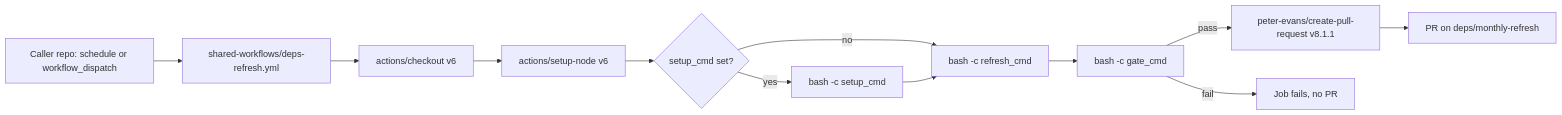
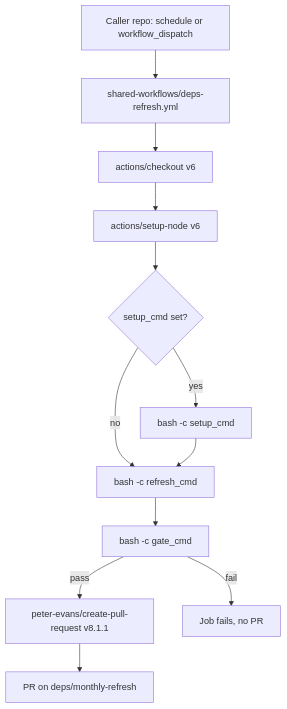
Before and after one commit to weirdapps/shared-workflows: the diagram in README.md, drawn with Mermaid.

Commit message:
docs: switch README architecture diagram to vertical layout
Convert the Mermaid diagram from horizontal (LR) to vertical (TD) so it renders
without horizontal scrolling in the GitHub README column.

````diff
--- a/README.md
+++ b/README.md
@@ -106,14 +106,14 @@
 ```mermaid
-flowchart LR
+flowchart TD
   A[Caller repo: schedule or workflow_dispatch] --> B[shared-workflows/deps-refresh.yml]
   B --> C[actions/checkout v6]
   C --> D[actions/setup-node v6]
   D --> E{setup_cmd set?}
   E -- yes --> F[bash -c setup_cmd]
   E -- no --> G[bash -c refresh_cmd]
   F --> G
   G --> H[bash -c gate_cmd]
   H -- pass --> I[peter-evans/create-pull-request v8.1.1]
   H -- fail --> X[Job fails, no PR]
   I --> J[PR on deps/monthly-refresh]
 ```
````
